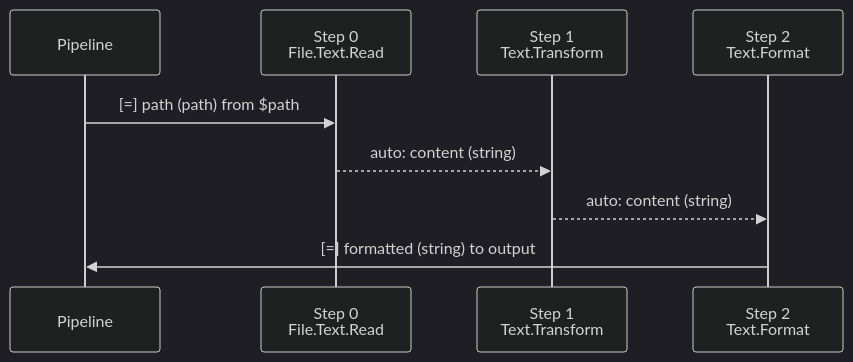
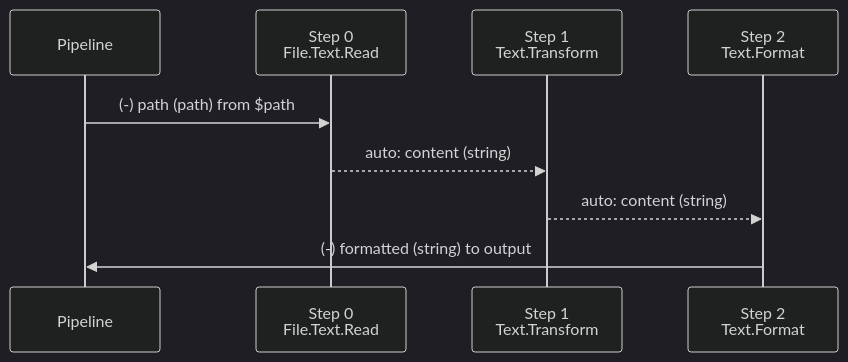
One commit to hasan-alj88/Polyglot changed the first of 2 diagrams in docs/user/concepts/pipelines/chains.md. Above: the diagram before and after it, drawn with Mermaid (dark theme). The commit also changed other lines of this file and 356 other files, not shown here.

````diff
--- a/docs/user/concepts/pipelines/chains.md
+++ b/docs/user/concepts/pipelines/chains.md
@@ -48,12 +48,12 @@
 ```mermaid
 sequenceDiagram
     participant P as Pipeline
     participant S0 as Step 0<br/>File.Text.Read
     participant S1 as Step 1<br/>Text.Transform
     participant S2 as Step 2<br/>Text.Format
 
-    P->>S0: [=] path (path) from $path
+    P->>S0: (-) path (path) from $path
     S0-->>S1: auto: content (string)
     S1-->>S2: auto: content (string)
-    S2->>P: [=] formatted (string) to output
+    S2->>P: (-) formatted (string) to output
 ```
````
